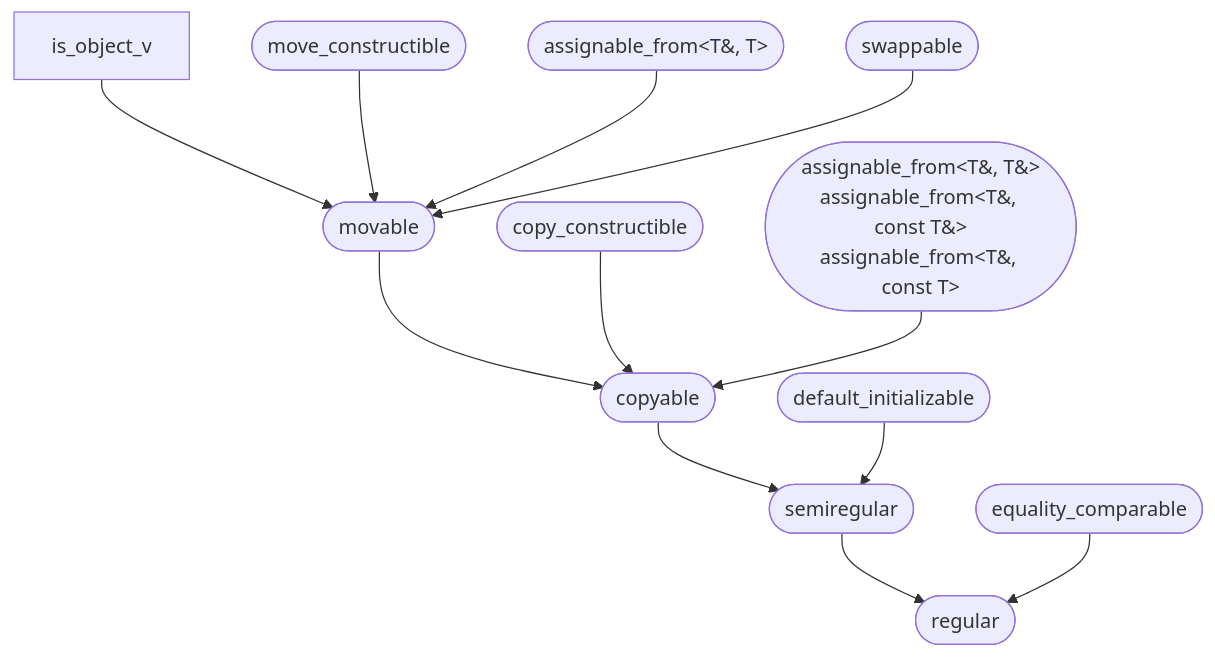
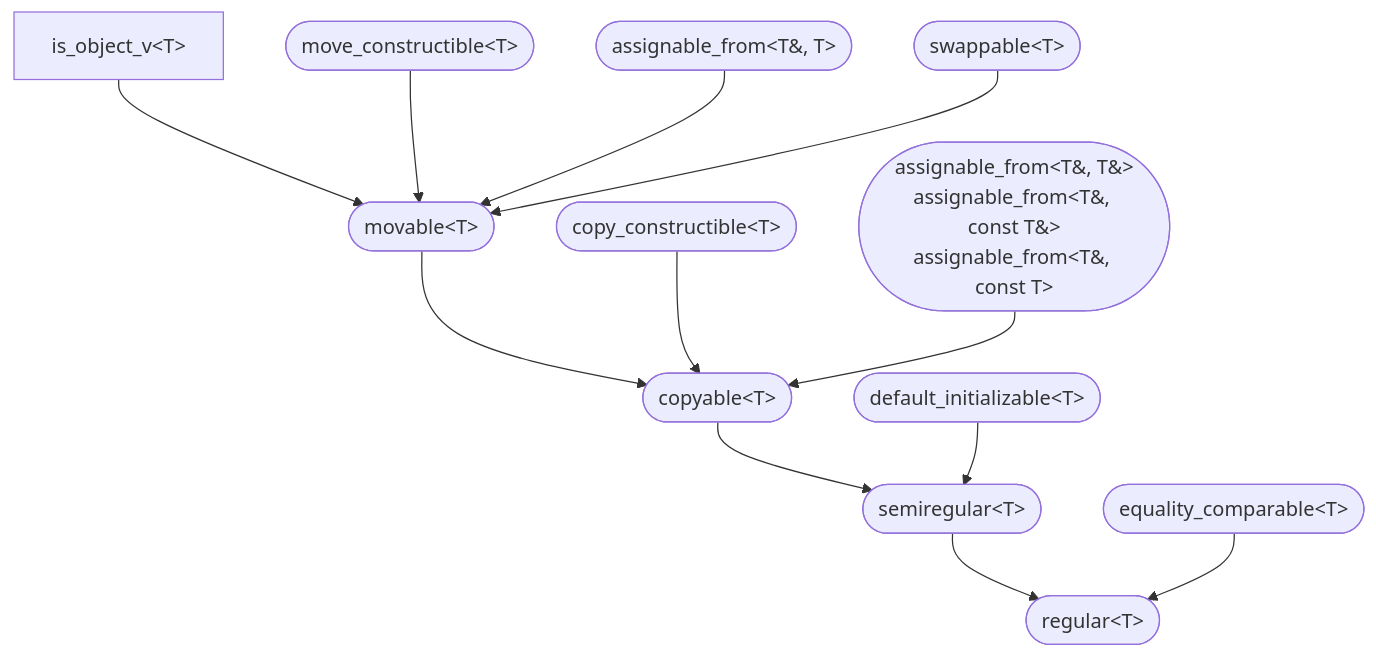
Before and after one commit to yohhoy/cpp-concepts: the seventh of 7 diagrams in README.md, drawn with Mermaid.

Commit message:
Explicit template arguments <T>

````diff
--- a/README.md
+++ b/README.md
@@ -81,18 +81,18 @@
 ```mermaid
 graph TD
     %% std::movable<T>
-    is_object_v[is_object_v] --> movable([movable]);
-    move_constructible([move_constructible]) --> movable;
+    is_object_v["is_object_v&lt;T&gt;"] --> movable(["movable&lt;T&gt;"]);
+    move_constructible(["move_constructible&lt;T&gt;"]) --> movable;
     assignable_from1(["assignable_from&lt;T&amp;, T&gt;"]) --> movable;
-    swappable([swappable]) --> movable;
+    swappable(["swappable&lt;T&gt;"]) --> movable;
     %% std::copyable<T>
-    movable --> copyable;
-    copy_constructible([copy_constructible]) --> copyable([copyable]);
+    movable --> copyable(["copyable&lt;T&gt;"]);
+    copy_constructible(["copy_constructible&lt;T&gt;"]) --> copyable;
     assignable_from2(["assignable_from&lt;T&amp;, T&amp;&gt;<br>assignable_from&lt;T&amp;, const T&amp;&gt;<br>assignable_from&lt;T&amp;, const T&gt;"]) --> copyable;
     %% std::semiregular<T>
-    copyable --> semiregular([semiregular]);
-    default_initializable([default_initializable]) --> semiregular;
+    copyable --> semiregular(["semiregular&lt;T&gt;"]);
+    default_initializable(["default_initializable&lt;T&gt;"]) --> semiregular;
     %% std::regular<T>
-    semiregular --> regular([regular]);
-    equality_comparable([equality_comparable]) --> regular;
+    semiregular --> regular(["regular&lt;T&gt;"]);
+    equality_comparable(["equality_comparable&lt;T&gt;"]) --> regular;
 ```
````
